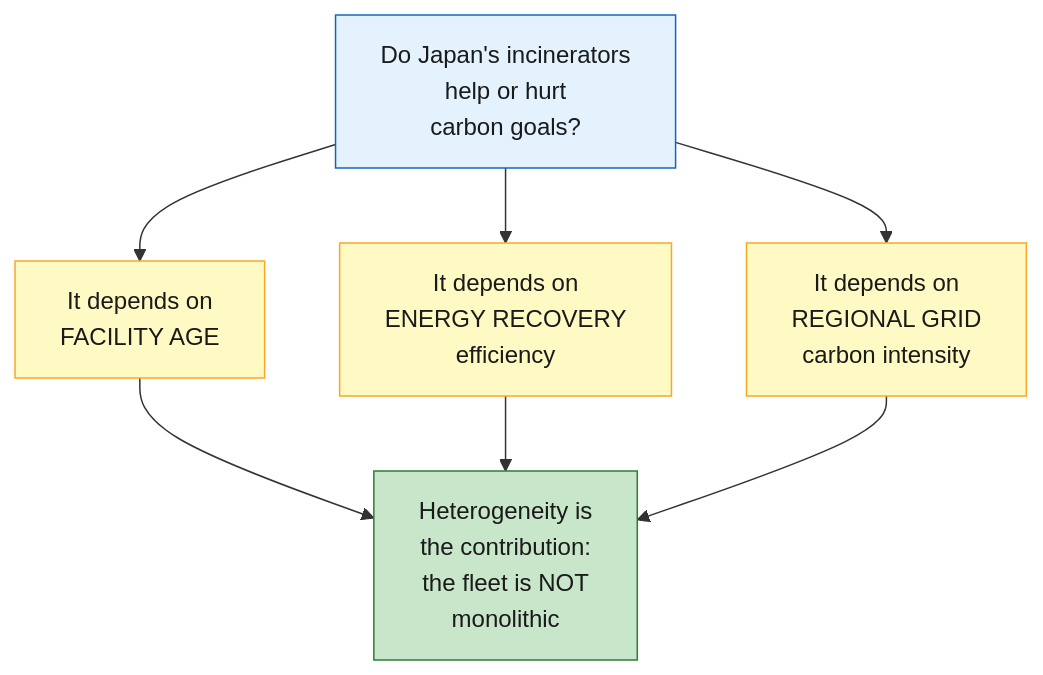
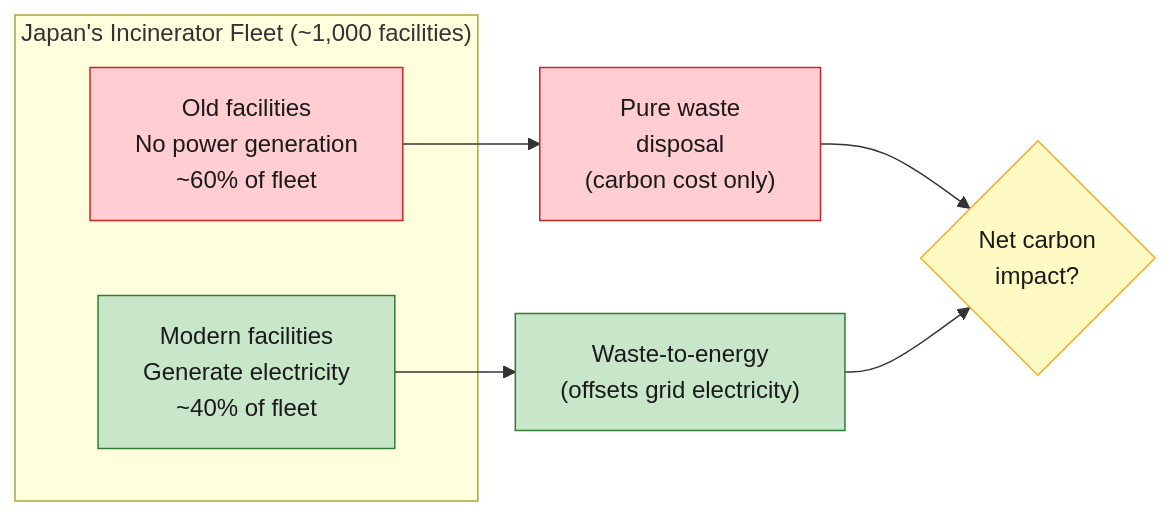
The first of 3 diagrams in README.md (Pann13223029/incineration-paper), drawn with Mermaid before and after one commit. The commit also changed other lines of this file and 4 other files, not shown here.

First line of the commit message:
Restructure repo: add ARCHITECTURE.md, rewrite README/CLAUDE.md

````diff
--- a/README.md
+++ b/README.md
@@ -19,17 +15,19 @@
 ```mermaid
-flowchart TD
-    Q["Do Japan's incinerators<br/>help or hurt<br/>carbon goals?"]
-    Q --> V1["It depends on<br/>FACILITY AGE"]
-    Q --> V2["It depends on<br/>ENERGY RECOVERY<br/>efficiency"]
-    Q --> V3["It depends on<br/>REGIONAL GRID<br/>carbon intensity"]
-
-    V1 --> H["Heterogeneity is<br/>the contribution:<br/>the fleet is NOT<br/>monolithic"]
-    V2 --> H
-    V3 --> H
-
-    style Q fill:#e3f2fd,stroke:#1565c0,color:#1a1a1a
-    style V1 fill:#fff9c4,stroke:#f9a825,color:#1a1a1a
-    style V2 fill:#fff9c4,stroke:#f9a825,color:#1a1a1a
-    style V3 fill:#fff9c4,stroke:#f9a825,color:#1a1a1a
-    style H fill:#c8e6c9,stroke:#2e7d32,color:#1a1a1a
+graph LR
+    subgraph Fleet["Japan's Incinerator Fleet (~1,000 facilities)"]
+        A["Old facilities<br/>No power generation<br/>~60% of fleet"]
+        B["Modern facilities<br/>Generate electricity<br/>~40% of fleet"]
+    end
+    
+    A --> C["Pure waste<br/>disposal<br/>(carbon cost only)"]
+    B --> D["Waste-to-energy<br/>(offsets grid electricity)"]
+    
+    C --> Q{"Net carbon<br/>impact?"}
+    D --> Q
+    
+    style A fill:#ffcdd2,stroke:#c62828,color:#1a1a1a
+    style B fill:#c8e6c9,stroke:#2e7d32,color:#1a1a1a
+    style C fill:#ffcdd2,stroke:#c62828,color:#1a1a1a
+    style D fill:#c8e6c9,stroke:#2e7d32,color:#1a1a1a
+    style Q fill:#fff9c4,stroke:#f9a825,color:#1a1a1a
 ```
````
